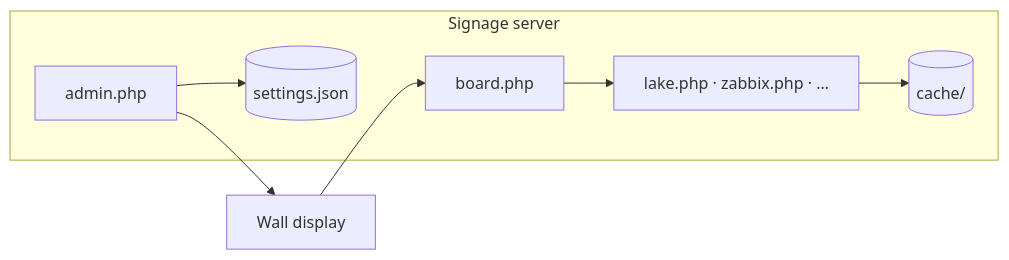
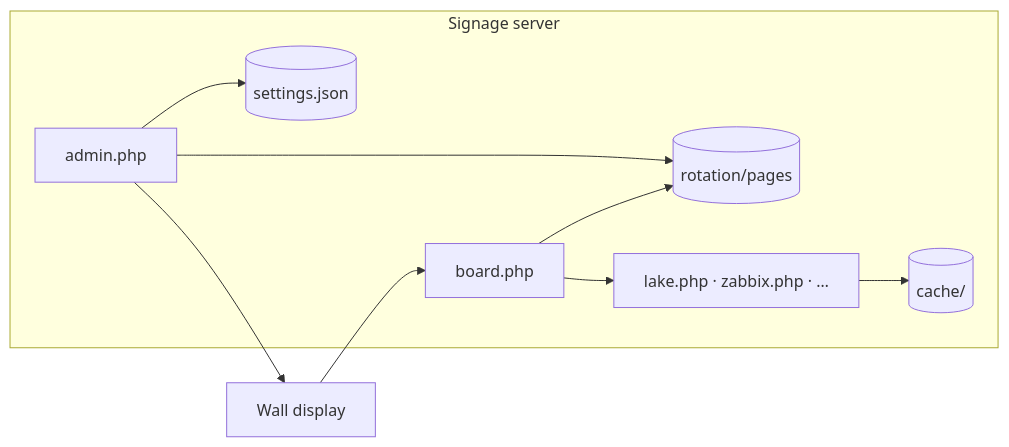
The diagram in README.md (veddegre/signage-suite), drawn with Mermaid before and after one commit. The commit also changed other lines of this file and 10 other files, not shown here.

````diff
--- a/README.md
+++ b/README.md
@@ -11,14 +11,17 @@
 ```mermaid
 flowchart LR
   subgraph server [Signage server]
     Admin[admin.php]
     Settings[(settings.json)]
+    Playlists[(rotation/pages)]
     Shell[board.php]
     Boards[lake.php · zabbix.php · …]
     Admin --> Settings
+    Admin --> Playlists
     Shell --> Boards
+    Shell --> Playlists
     Boards --> Cache[(cache/)]
   end
   Kiosk[Wall display] --> Shell
   Admin --> Kiosk
 ```
````
